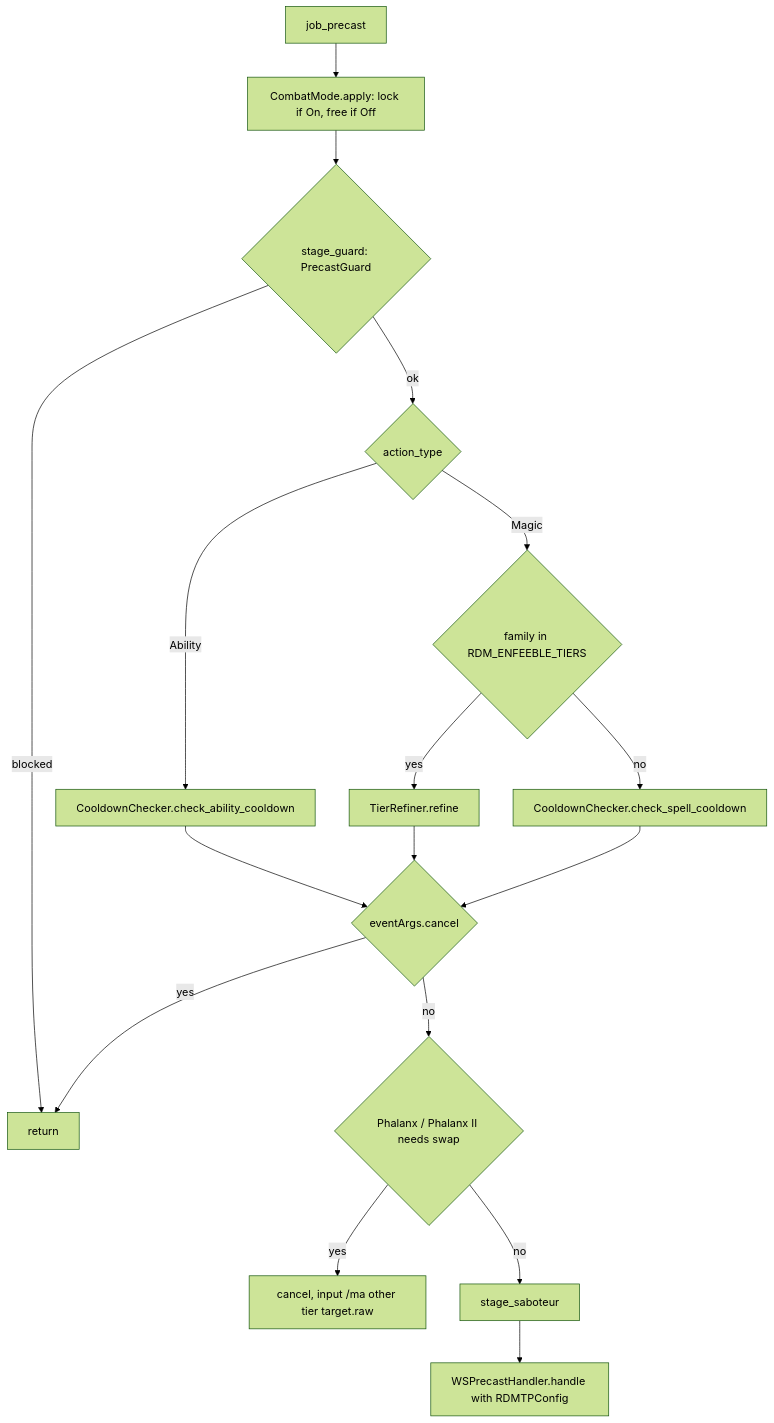
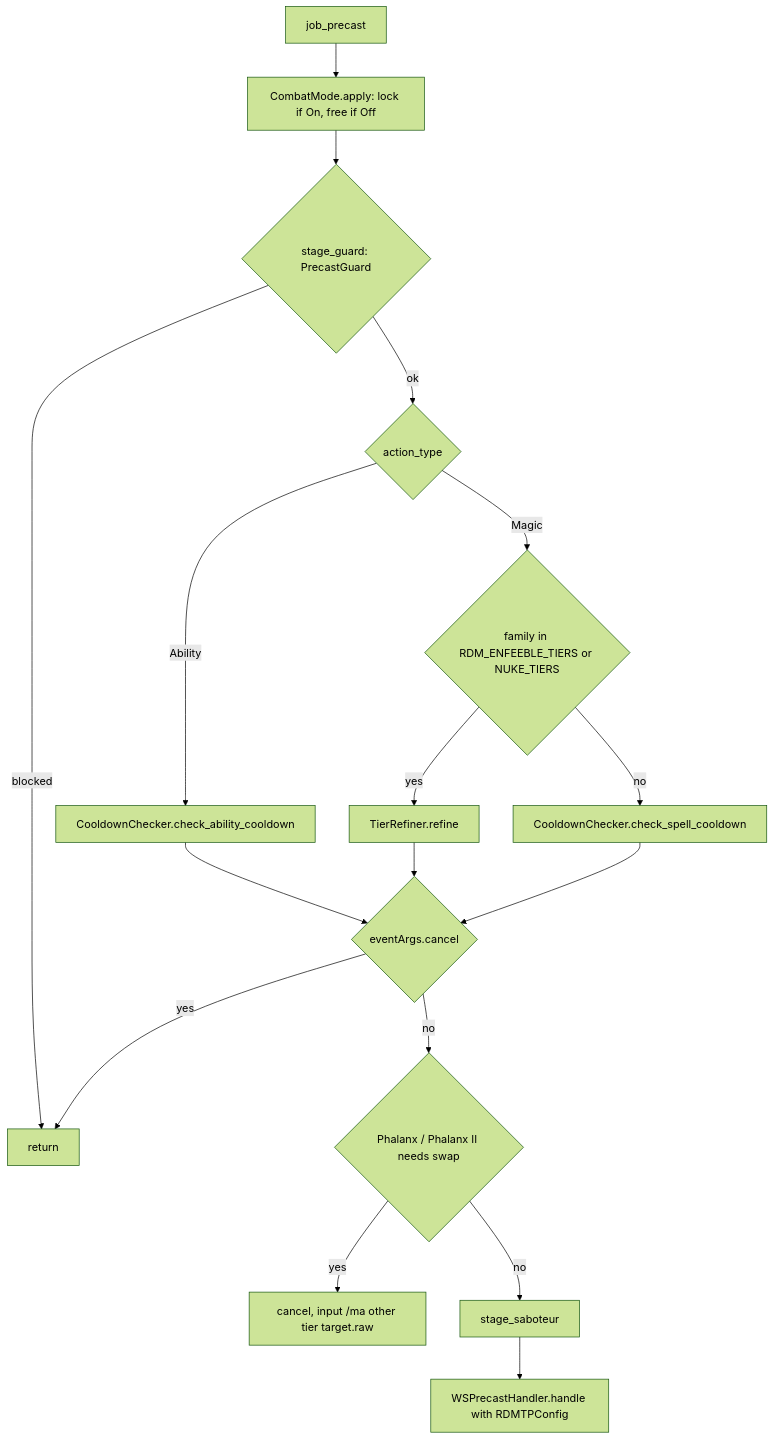
Before and after one commit to ejouanchicot/Gearswap: the second of 2 diagrams in docs/dev/jobs/rdm.md, drawn with Mermaid (forest theme). The commit also changed other lines of this file and 5 other files, not shown here.

````diff
--- a/docs/dev/jobs/rdm.md
+++ b/docs/dev/jobs/rdm.md
@@ -140,19 +142,19 @@
 ```mermaid
 flowchart TD
     A[job_precast] --> D0[CombatMode.apply: lock if On, free if Off]
     D0 --> G{stage_guard: PrecastGuard}
     G -- blocked --> Z[return]
     G -- ok --> C{action_type}
     C -- Ability --> CA[CooldownChecker.check_ability_cooldown]
-    C -- Magic --> T{family in RDM_ENFEEBLE_TIERS}
+    C -- Magic --> T{family in RDM_ENFEEBLE_TIERS or NUKE_TIERS}
     T -- yes --> TR[TierRefiner.refine]
     T -- no --> CS[CooldownChecker.check_spell_cooldown]
     CA --> X{eventArgs.cancel}
     TR --> X
     CS --> X
     X -- yes --> Z
     X -- no --> P{Phalanx / Phalanx II needs swap}
     P -- yes --> PS[cancel, input /ma other tier target.raw]
     P -- no --> S[stage_saboteur]
     S --> W[WSPrecastHandler.handle with RDMTPConfig]
 ```
````
